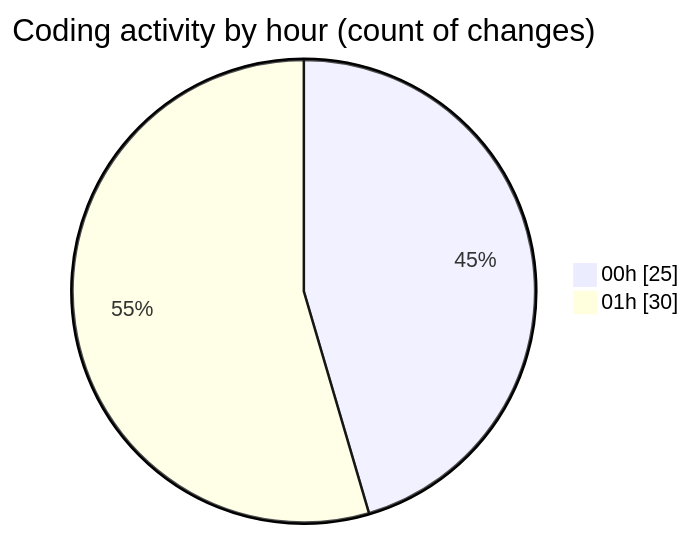
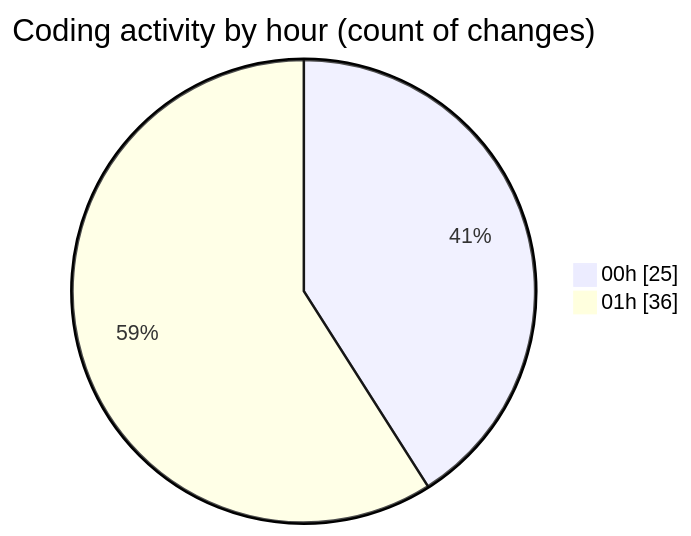
The second of 2 diagrams in 2025-07-14/rentotp/README.md (lephambinh05/code-tracking), drawn with Mermaid before and after one commit. The commit also changed other lines of this file and 1 other file, not shown here.

````diff
--- a/2025-07-14/rentotp/README.md
+++ b/2025-07-14/rentotp/README.md
@@ -52,6 +53,6 @@
 ```mermaid
 pie showData
 title Coding activity by hour (count of changes)
 "00h" : 25
-"01h" : 30
+"01h" : 36
 ```
````
